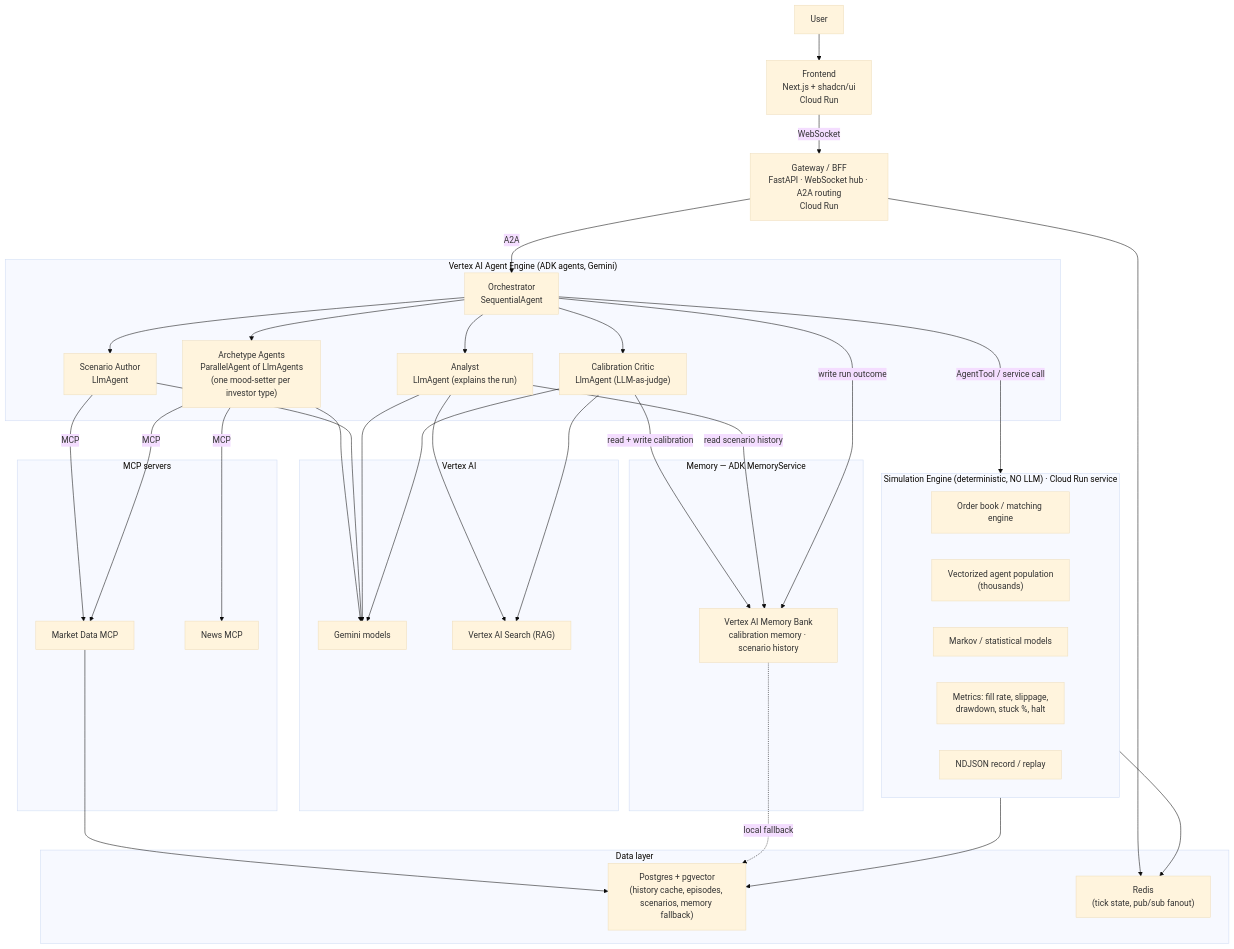
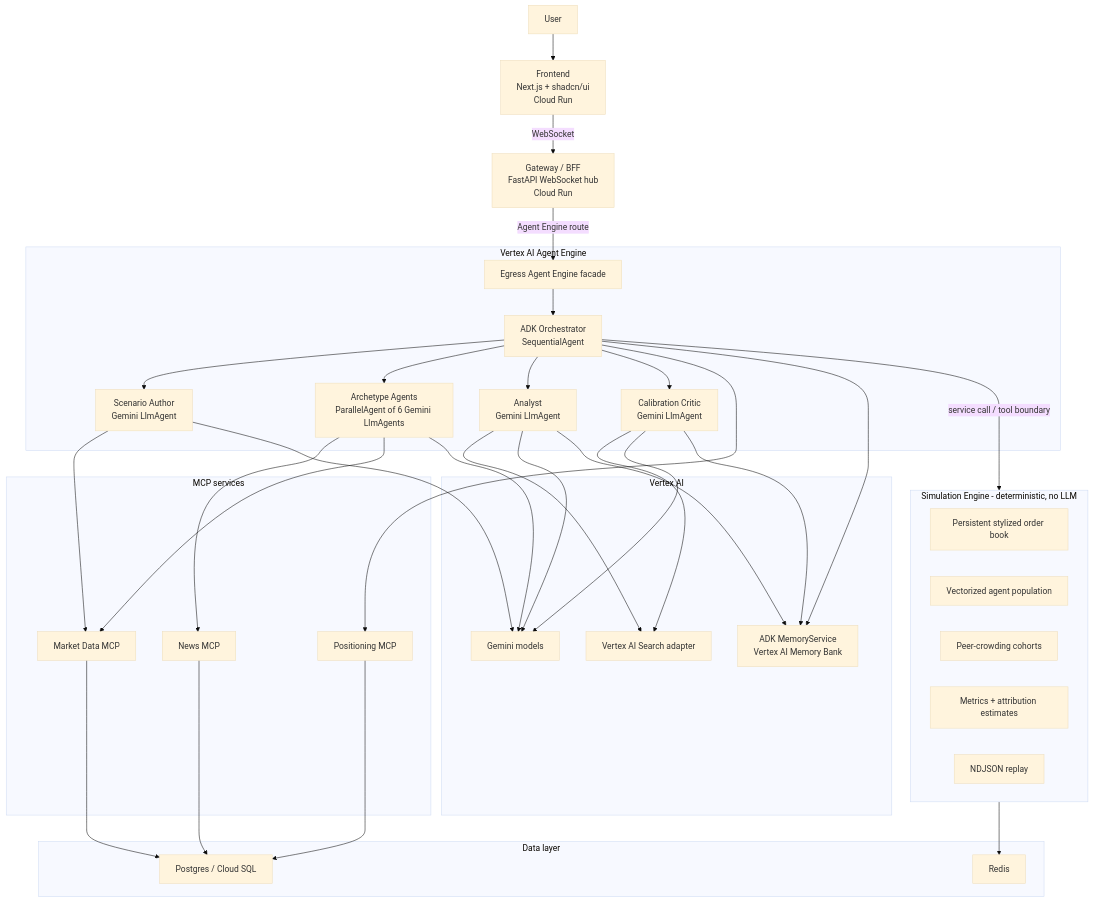
One commit to edgycapitalist/egress changed the diagram in AGENTS.md. Above: the diagram before and after it, drawn with Mermaid (base theme). The commit also changed other lines of this file, not shown here.

Commit message:
docs: align AGENTS guide with current platform

````diff
--- a/AGENTS.md
+++ b/AGENTS.md
@@ -49,67 +78,67 @@
 ```mermaid
 graph TD
     User["User"]
     FE["Frontend<br/>Next.js + shadcn/ui<br/>Cloud Run"]
-    GW["Gateway / BFF<br/>FastAPI · WebSocket hub · A2A routing<br/>Cloud Run"]
+    GW["Gateway / BFF<br/>FastAPI WebSocket hub<br/>Cloud Run"]
 
-    subgraph AgentEngine["Vertex AI Agent Engine (ADK agents, Gemini)"]
-        ORCH["Orchestrator<br/>SequentialAgent"]
-        SCEN["Scenario Author<br/>LlmAgent"]
-        ARCH["Archetype Agents<br/>ParallelAgent of LlmAgents<br/>(one mood-setter per investor type)"]
-        ANALYST["Analyst<br/>LlmAgent (explains the run)"]
-        CRITIC["Calibration Critic<br/>LlmAgent (LLM-as-judge)"]
+    subgraph AgentEngine["Vertex AI Agent Engine"]
+        APP["Egress Agent Engine facade"]
+        ORCH["ADK Orchestrator<br/>SequentialAgent"]
+        SCEN["Scenario Author<br/>Gemini LlmAgent"]
+        ARCH["Archetype Agents<br/>ParallelAgent of 6 Gemini LlmAgents"]
+        ANALYST["Analyst<br/>Gemini LlmAgent"]
+        CRITIC["Calibration Critic<br/>Gemini LlmAgent"]
     end
 
-    subgraph Engine["Simulation Engine (deterministic, NO LLM) · Cloud Run service"]
-        OB["Order book / matching engine"]
-        POP["Vectorized agent population<br/>(thousands)"]
-        STAT["Markov / statistical models"]
-        MET["Metrics: fill rate, slippage,<br/>drawdown, stuck %, halt"]
-        REPLAY["NDJSON record / replay"]
+    subgraph Engine["Simulation Engine - deterministic, no LLM"]
+        OB["Persistent stylized order book"]
+        POP["Vectorized agent population"]
+        PEER["Peer-crowding cohorts"]
+        MET["Metrics + attribution estimates"]
+        REPLAY["NDJSON replay"]
     end
 
-    subgraph MCP["MCP servers"]
+    subgraph MCP["MCP services"]
         MD["Market Data MCP"]
         NEWS["News MCP"]
+        POS["Positioning MCP"]
     end
 
     subgraph Vertex["Vertex AI"]
         GEM["Gemini models"]
-        SEARCH["Vertex AI Search (RAG)"]
-    end
-
-    subgraph Mem["Memory — ADK MemoryService"]
-        MB["Vertex AI Memory Bank<br/>calibration memory · scenario history"]
+        SEARCH["Vertex AI Search adapter"]
+        MEM["ADK MemoryService<br/>Vertex AI Memory Bank"]
     end
 
     subgraph Data["Data layer"]
-        PG["Postgres + pgvector<br/>(history cache, episodes, scenarios, memory fallback)"]
-        REDIS["Redis<br/>(tick state, pub/sub fanout)"]
+        PG["Postgres / Cloud SQL"]
+        REDIS["Redis"]
     end
 
     User --> FE
     FE -->|WebSocket| GW
-    GW -->|A2A| ORCH
+    GW -->|Agent Engine route| APP
+    APP --> ORCH
     ORCH --> SCEN
     ORCH --> ARCH
     ORCH --> ANALYST
     ORCH --> CRITIC
-    ORCH -->|AgentTool / service call| Engine
-    SCEN -->|MCP| MD
-    ARCH -->|MCP| NEWS
-    ARCH -->|MCP| MD
+    ORCH -->|service call / tool boundary| Engine
+    SCEN --> MD
+    ARCH --> NEWS
+    ARCH --> MD
+    ORCH --> POS
     ANALYST --> SEARCH
     CRITIC --> SEARCH
+    SCEN --> GEM
     ARCH --> GEM
-    SCEN --> GEM
     ANALYST --> GEM
     CRITIC --> GEM
+    ORCH --> MEM
+    ANALYST --> MEM
+    CRITIC --> MEM
     Engine --> REDIS
-    Engine --> PG
     MD --> PG
-    GW --> REDIS
-    CRITIC -->|read + write calibration| MB
-    ANALYST -->|read scenario history| MB
-    ORCH -->|write run outcome| MB
-    MB -.->|local fallback| PG
+    NEWS --> PG
+    POS --> PG
 ```
````
